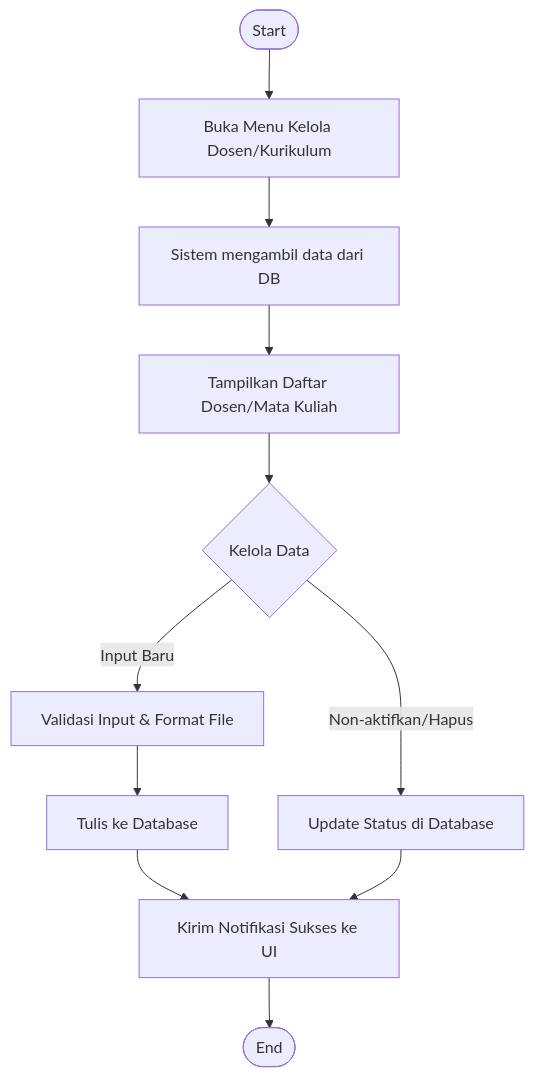
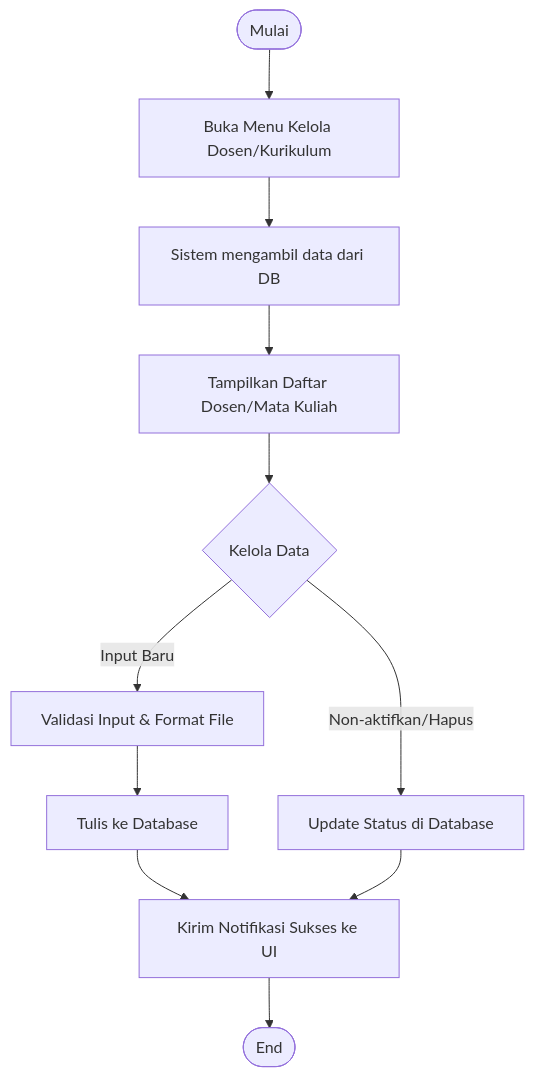
One commit to arbain-dev/Web_fikom changed the third of 5 diagrams in docs/activity_diagram_admin.md. Above: the diagram before and after it, drawn with Mermaid. The commit also changed other lines of this file and 7 other files, not shown here.

Commit message:
docs: standarisasi semua awal flowchart diagram menjadi 'Mulai'

````diff
--- a/docs/activity_diagram_admin.md
+++ b/docs/activity_diagram_admin.md
@@ -68,17 +68,17 @@
 ```mermaid
 flowchart TD
-    Start([Start]) --> OpenAkad[Buka Menu Kelola Dosen/Kurikulum]
+    Mulai([Mulai]) --> OpenAkad[Buka Menu Kelola Dosen/Kurikulum]
     OpenAkad --> FetchData[Sistem mengambil data dari DB]
     FetchData --> ShowData[Tampilkan Daftar Dosen/Mata Kuliah]
     
     ShowData --> Manage{Kelola Data}
     
     Manage -- "Input Baru" --> Validate[Validasi Input & Format File]
     Validate --> DBWrite[Tulis ke Database]
     
     Manage -- "Non-aktifkan/Hapus" --> DBUpdate[Update Status di Database]
     
     DBWrite --> Notify[Kirim Notifikasi Sukses ke UI]
     DBUpdate --> Notify
     Notify --> End([End])
 ```
````
